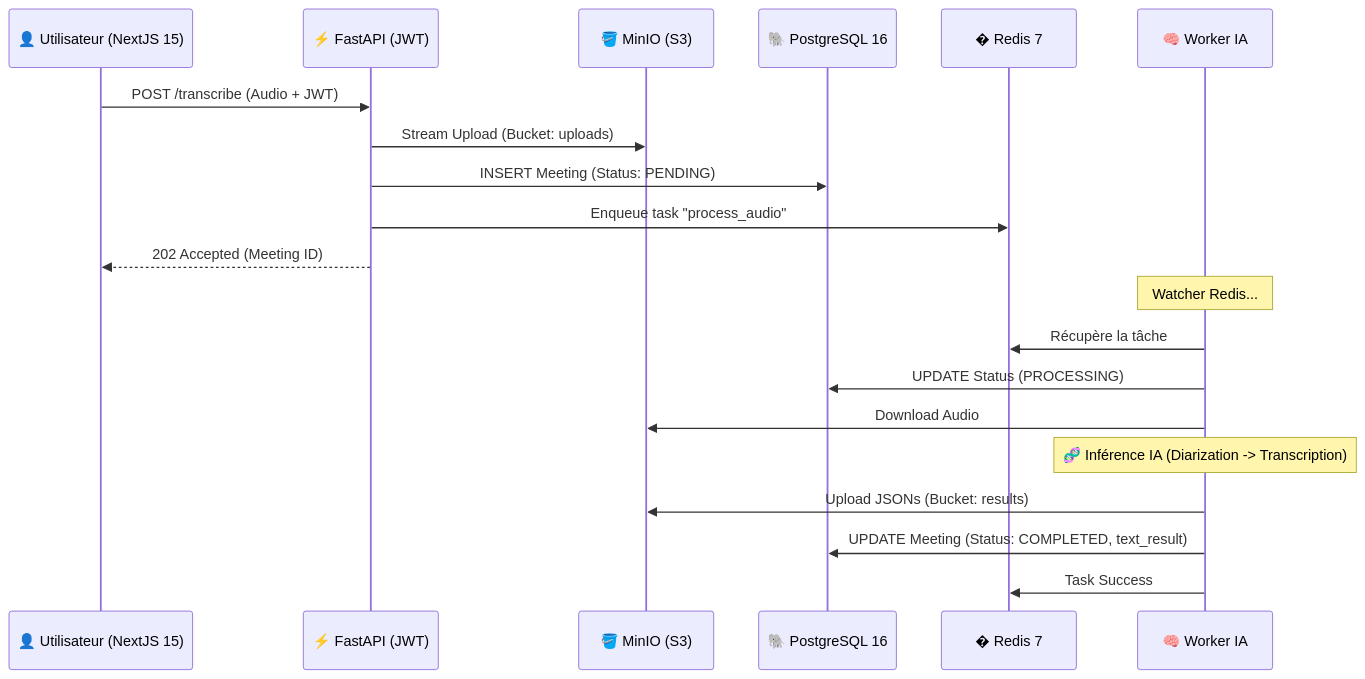
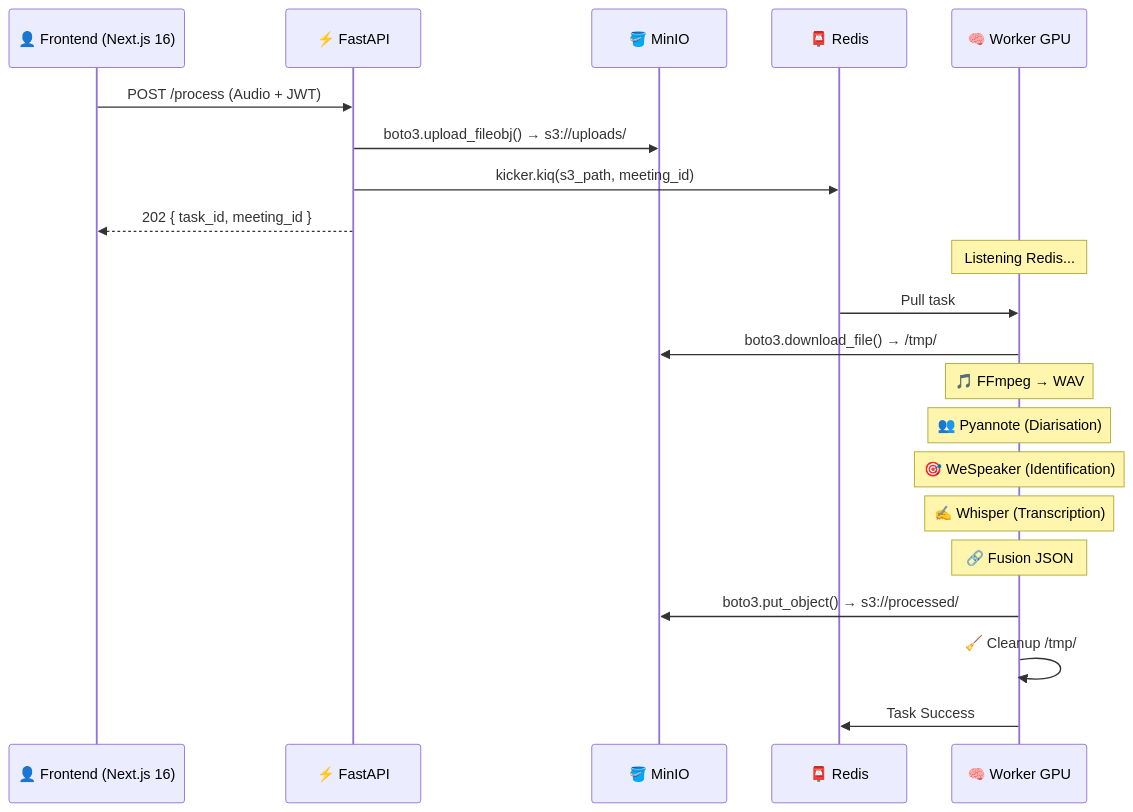
One commit to emmanuel-cabassot/smart-meeting-scribe changed the diagram in ARCHITECTURE.md. Above: the diagram before and after it, drawn with Mermaid. The commit also changed other lines of this file and 1 other file, not shown here.

````diff
--- a/ARCHITECTURE.md
+++ b/ARCHITECTURE.md
@@ -63,27 +63,28 @@
 ```mermaid
 sequenceDiagram
-    participant User as 👤 Utilisateur (NextJS 15)
-    participant API as ⚡ FastAPI (JWT)
-    participant S3 as 🪣 MinIO (S3)
-    participant DB as 🐘 PostgreSQL 16
-    participant Redis as � Redis 7
-    participant Worker as 🧠 Worker IA
+    participant User as 👤 Frontend (Next.js 16)
+    participant API as ⚡ FastAPI
+    participant S3 as 🪣 MinIO
+    participant Redis as 📮 Redis
+    participant Worker as 🧠 Worker GPU
 
-    User->>API: POST /transcribe (Audio + JWT)
-    API->>S3: Stream Upload (Bucket: uploads)
-    API->>DB: INSERT Meeting (Status: PENDING)
-    API->>Redis: Enqueue task "process_audio"
-    API-->>User: 202 Accepted (Meeting ID)
+    User->>API: POST /process (Audio + JWT)
+    API->>S3: boto3.upload_fileobj() → s3://uploads/
+    API->>Redis: kicker.kiq(s3_path, meeting_id)
+    API-->>User: 202 { task_id, meeting_id }
     
-    Note over Worker: Watcher Redis...
+    Note over Worker: Listening Redis...
     
-    Worker->>Redis: Récupère la tâche
-    Worker->>DB: UPDATE Status (PROCESSING)
-    Worker->>S3: Download Audio
+    Redis->>Worker: Pull task
+    Worker->>S3: boto3.download_file() → /tmp/
     
-    Note over Worker: 🧬 Inférence IA (Diarization -> Transcription)
+    Note over Worker: 🎵 FFmpeg → WAV
+    Note over Worker: 👥 Pyannote (Diarisation)
+    Note over Worker: 🎯 WeSpeaker (Identification)
+    Note over Worker: ✍️ Whisper (Transcription)
+    Note over Worker: 🔗 Fusion JSON
     
-    Worker->>S3: Upload JSONs (Bucket: results)
-    Worker->>DB: UPDATE Meeting (Status: COMPLETED, text_result)
+    Worker->>S3: boto3.put_object() → s3://processed/
+    Worker->>Worker: 🧹 Cleanup /tmp/
     Worker->>Redis: Task Success
 ```
````
